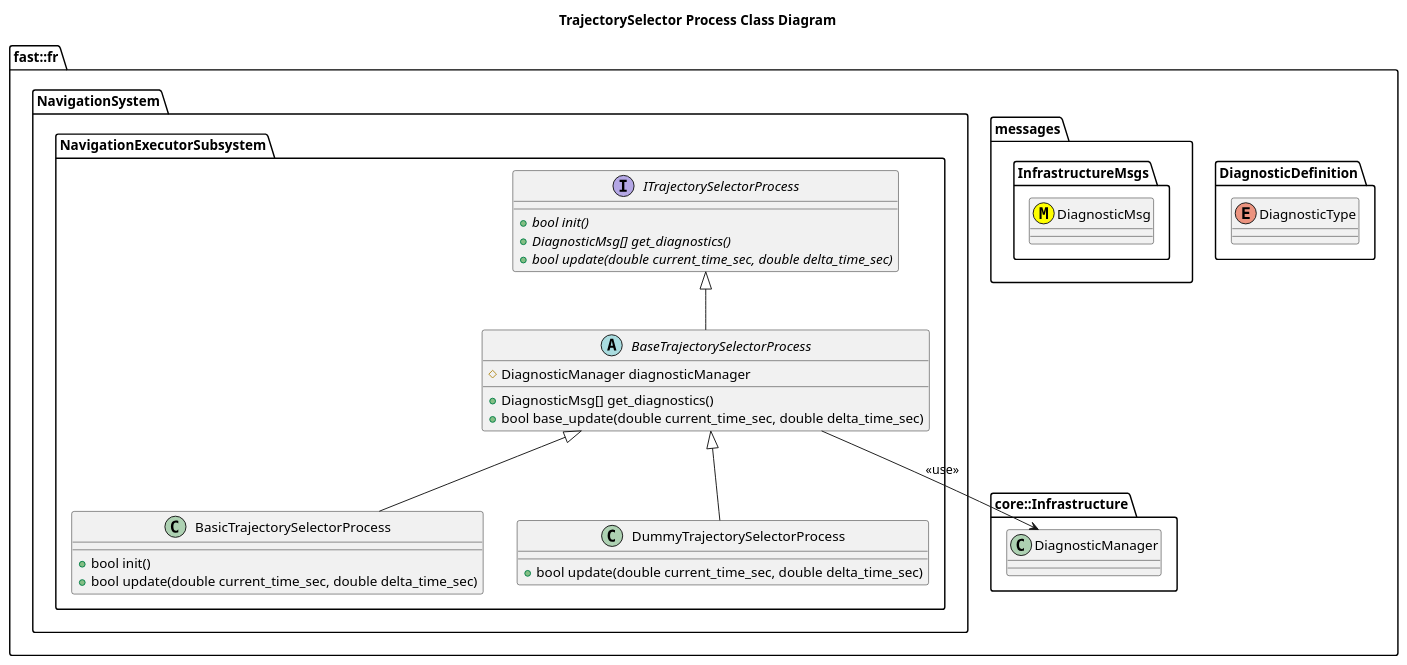
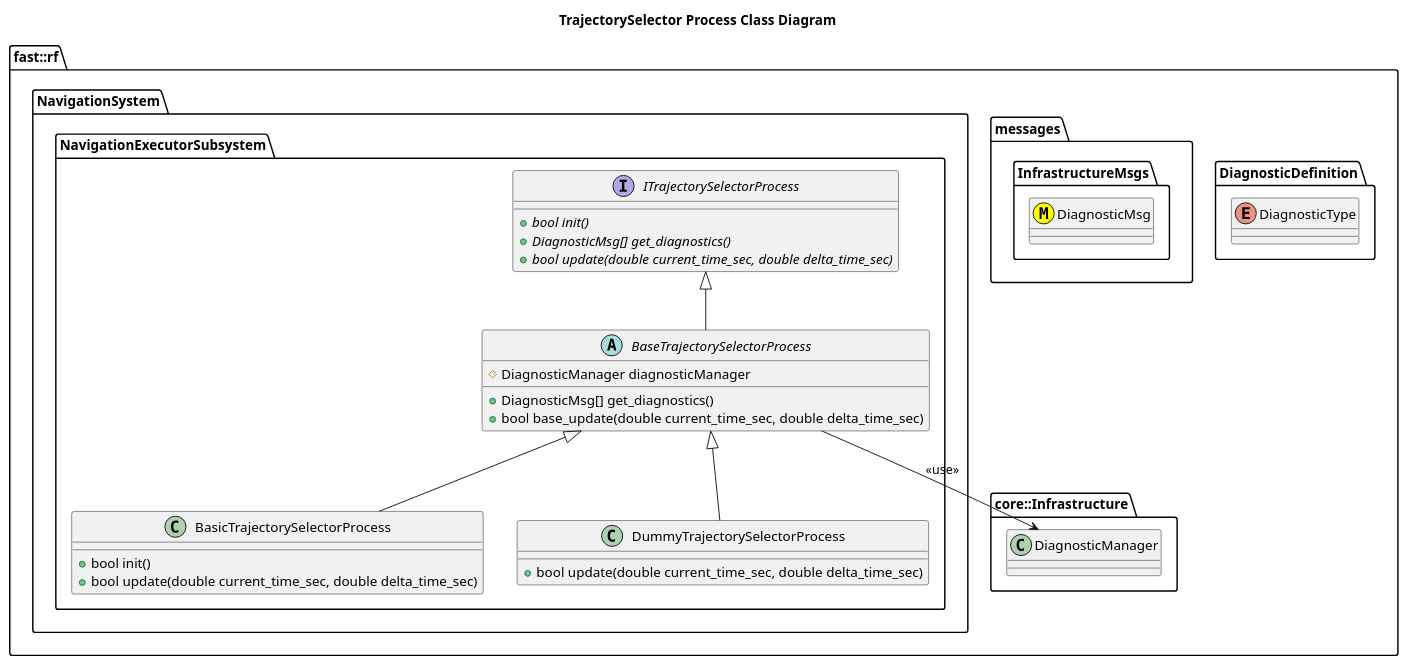
Before and after one commit to fastrobotics/robot_framework: the diagram in Systems/Navigation/Subsystems/NavigationExecutor/Processes/TrajectorySelector/doc/puml/TrajectorySelectorProcessClassDiagram.puml, drawn with PlantUML. The commit also changed 22 other files, not shown here.

```diff
--- a/Systems/Navigation/Subsystems/NavigationExecutor/Processes/TrajectorySelector/doc/puml/TrajectorySelectorProcessClassDiagram.puml
+++ b/Systems/Navigation/Subsystems/NavigationExecutor/Processes/TrajectorySelector/doc/puml/TrajectorySelectorProcessClassDiagram.puml
@@ -1,43 +1,43 @@
 @startuml
 title TrajectorySelector Process Class Diagram
 
-namespace fast::fr {
+namespace fast::rf {
   namespace DiagnosticDefinition {
     enum DiagnosticType
   }
   namespace messages {
     namespace InfrastructureMsgs {
       class DiagnosticMsg <<(M,#FFFF00)>>
     }
   }
   namespace core::Infrastructure {
     class DiagnosticManager
   }
   namespace NavigationSystem {
     namespace NavigationExecutorSubsystem {
         interface ITrajectorySelectorProcess  {
           +{abstract} bool init()
           +{abstract} DiagnosticMsg[] get_diagnostics()
           +{abstract} bool update(double current_time_sec, double delta_time_sec)
         }
         abstract BaseTrajectorySelectorProcess {
           +DiagnosticMsg[] get_diagnostics()
           +bool base_update(double current_time_sec, double delta_time_sec)
           #DiagnosticManager diagnosticManager
 
         }
         BaseTrajectorySelectorProcess -up-|> ITrajectorySelectorProcess
         BaseTrajectorySelectorProcess --> DiagnosticManager: <<use>>
         class BasicTrajectorySelectorProcess {
           +bool init()
           +bool update(double current_time_sec, double delta_time_sec)
         }
         BasicTrajectorySelectorProcess -up-|> BaseTrajectorySelectorProcess
         class DummyTrajectorySelectorProcess {
           +bool update(double current_time_sec, double delta_time_sec)
         }
         DummyTrajectorySelectorProcess -up-|> BaseTrajectorySelectorProcess
     }
   }
 }
 @enduml
```
